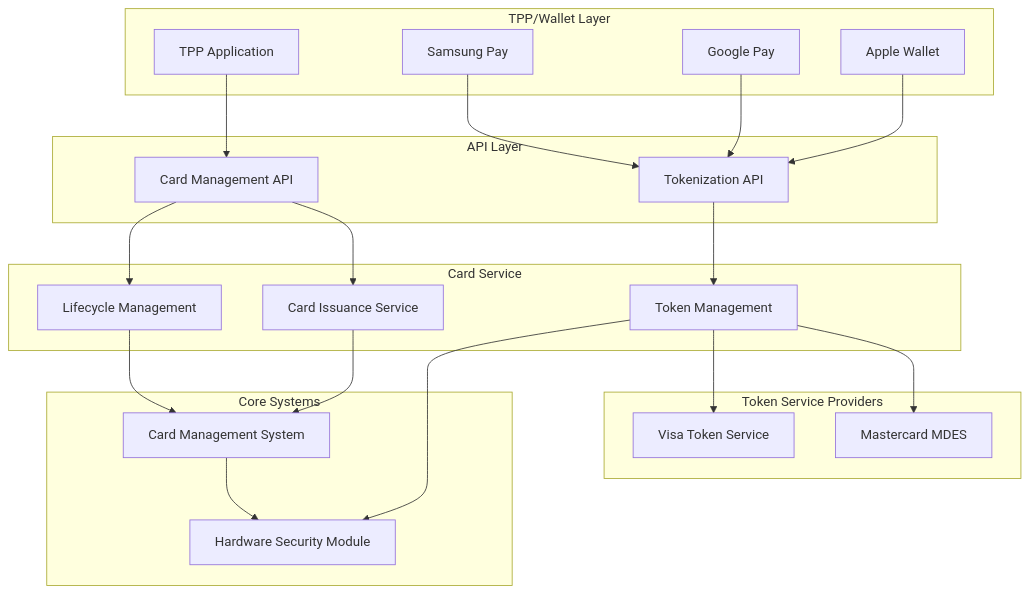
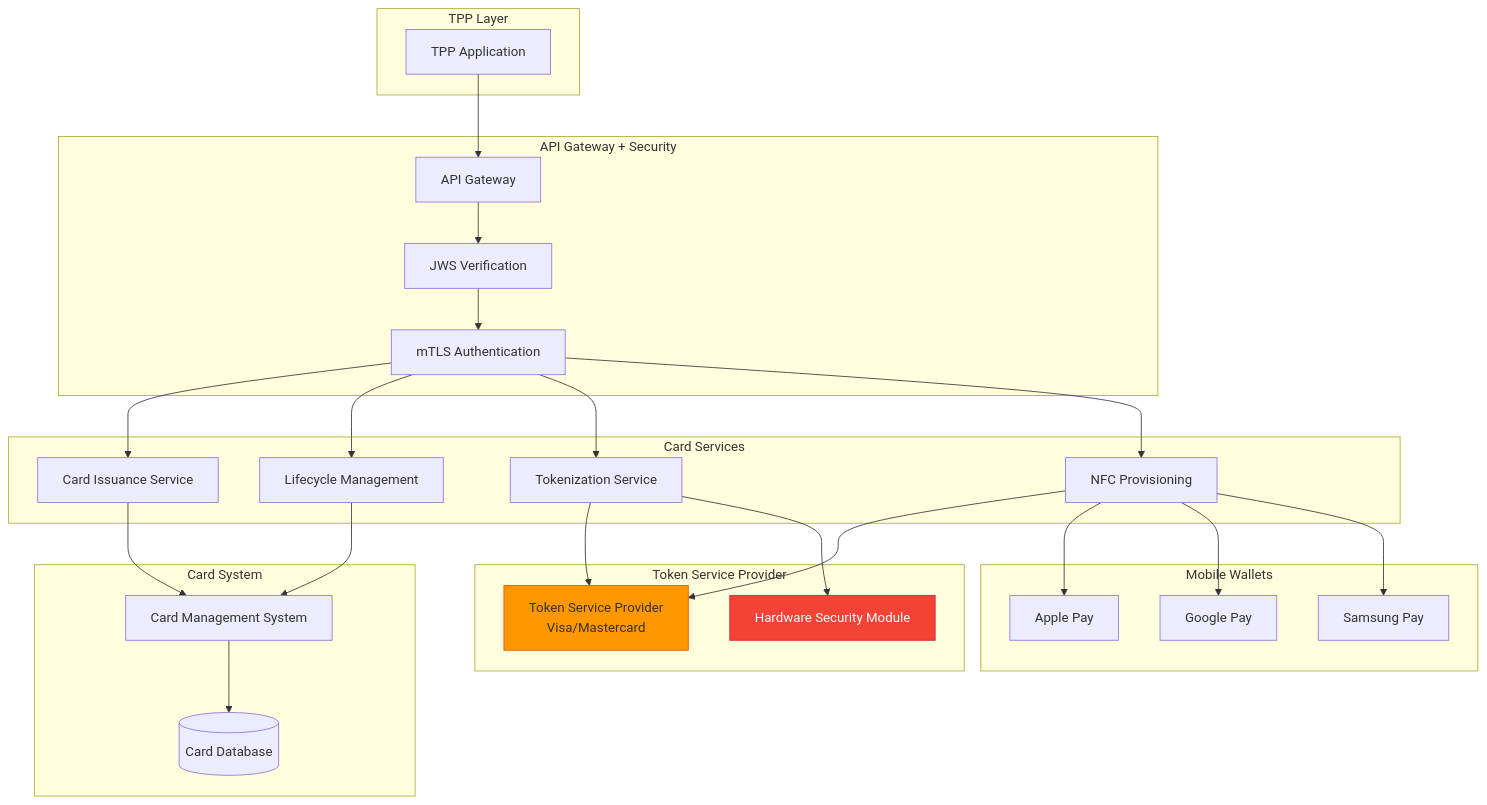
One commit to huuhoait/openbanking-vn-specs changed the first of 10 diagrams in 06-Dich-vu-The-va-Tokenization.md. Above: the diagram before and after it, drawn with Mermaid. The commit also changed other lines of this file and 14 other files, not shown here.

````diff
--- a/06-Dich-vu-The-va-Tokenization.md
+++ b/06-Dich-vu-The-va-Tokenization.md
@@ -9,47 +19,59 @@
 ```mermaid
 graph TB
-    subgraph "TPP/Wallet Layer"
+    subgraph "TPP Layer"
         TPP[TPP Application]
-        ApplePay[Apple Wallet]
+    end
+    
+    subgraph "API Gateway + Security"
+        Gateway[API Gateway]
+        JWS[JWS Verification]
+        mTLS[mTLS Authentication]
+    end
+    
+    subgraph "Card Services"
+        Issuance[Card Issuance Service]
+        Lifecycle[Lifecycle Management]
+        Tokenization[Tokenization Service]
+        Provisioning[NFC Provisioning]
+    end
+    
+    subgraph "Token Service Provider"
+        TSP[Token Service Provider<br/>Visa/Mastercard]
+        HSM[Hardware Security Module]
+    end
+    
+    subgraph "Card System"
+        CardCore[Card Management System]
+        CardDB[(Card Database)]
+    end
+    
+    subgraph "Mobile Wallets"
+        ApplePay[Apple Pay]
         GooglePay[Google Pay]
         SamsungPay[Samsung Pay]
     end
     
-    subgraph "API Layer"
-        CardAPI[Card Management API]
-        TokenAPI[Tokenization API]
-    end
+    TPP --> Gateway
+    Gateway --> JWS
+    JWS --> mTLS
     
-    subgraph "Card Service"
-        Issuance[Card Issuance Service]
-        Lifecycle[Lifecycle Management]
-        TokenMgmt[Token Management]
-    end
-    
-    subgraph "Token Service Providers"
-        VTS[Visa Token Service]
-        MDES[Mastercard MDES]
-    end
-    
-    subgraph "Core Systems"
-        CardCore[Card Management System]
-        HSM[Hardware Security Module]
-    end
-    
-    TPP --> CardAPI
-    ApplePay --> TokenAPI
-    GooglePay --> TokenAPI
-    SamsungPay --> TokenAPI
-    
-    CardAPI --> Issuance
-    CardAPI --> Lifecycle
-    TokenAPI --> TokenMgmt
-    
-    TokenMgmt --> VTS
-    TokenMgmt --> MDES
+    mTLS --> Issuance
+    mTLS --> Lifecycle
+    mTLS --> Tokenization
+    mTLS --> Provisioning
     
     Issuance --> CardCore
     Lifecycle --> CardCore
-    TokenMgmt --> HSM
-    CardCore --> HSM
+    Tokenization --> TSP
+    Tokenization --> HSM
+    Provisioning --> TSP
+    
+    CardCore --> CardDB
+    
+    Provisioning --> ApplePay
+    Provisioning --> GooglePay
+    Provisioning --> SamsungPay
+    
+    style HSM fill:#f44336,stroke:#c62828,color:#fff
+    style TSP fill:#ff9800,stroke:#e65100
 ```
````
